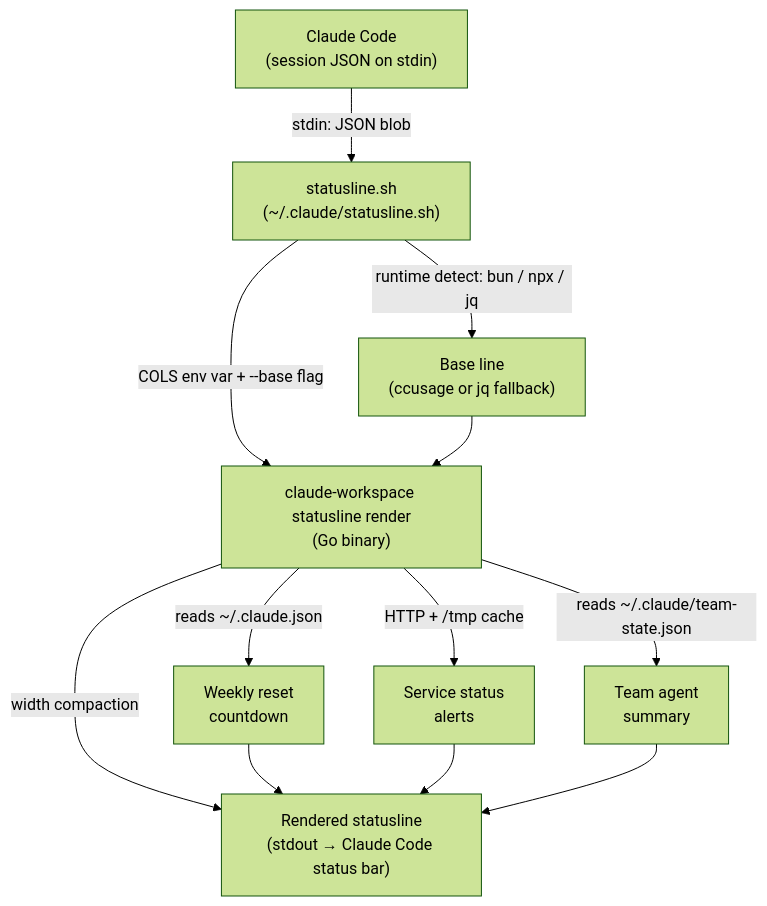
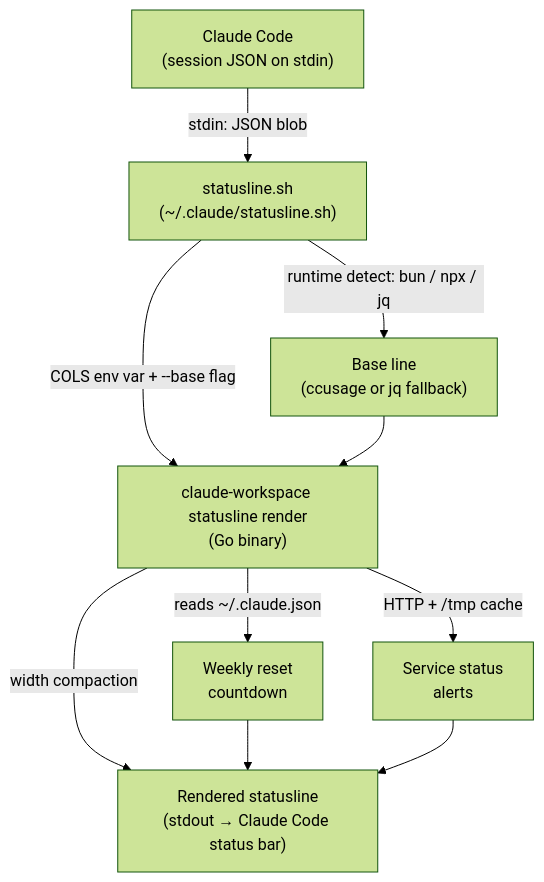
The first of 2 diagrams in docs/STATUSLINE.md (lamchakchan/claude-workspace), drawn with Mermaid (forest theme) before and after one commit. The commit also changed other lines of this file and 11 other files, not shown here.

````diff
--- a/docs/STATUSLINE.md
+++ b/docs/STATUSLINE.md
@@ -7,21 +7,19 @@
 ```mermaid
 graph TD
     CC["Claude Code\n(session JSON on stdin)"]
     SH["statusline.sh\n(~/.claude/statusline.sh)"]
     CW["claude-workspace statusline render\n(Go binary)"]
     OUT["Rendered statusline\n(stdout → Claude Code status bar)"]
 
     CC -->|"stdin: JSON blob"| SH
     SH -->|"runtime detect: bun / npx / jq"| BASE["Base line\n(ccusage or jq fallback)"]
     SH -->|"COLS env var + --base flag"| CW
     BASE --> CW
 
     CW -->|"reads ~/.claude.json"| RESET["Weekly reset\ncountdown"]
     CW -->|"HTTP + /tmp cache"| ALERTS["Service status\nalerts"]
-    CW -->|"reads ~/.claude/team-state.json"| TEAM["Team agent\nsummary"]
     CW -->|"width compaction"| OUT
 
     RESET --> OUT
     ALERTS --> OUT
-    TEAM --> OUT
 ```
````
